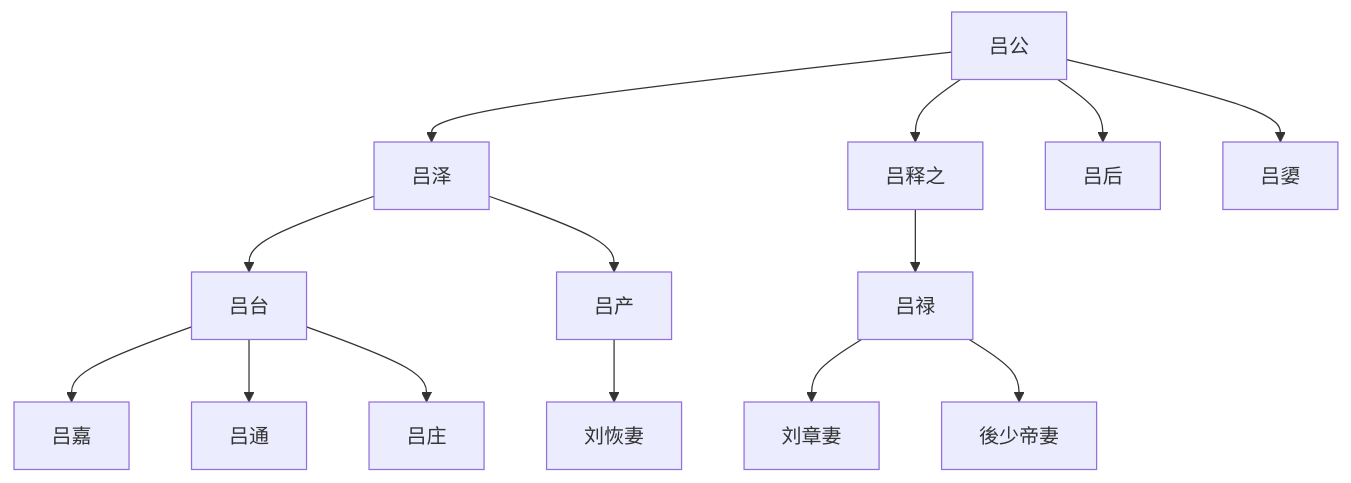
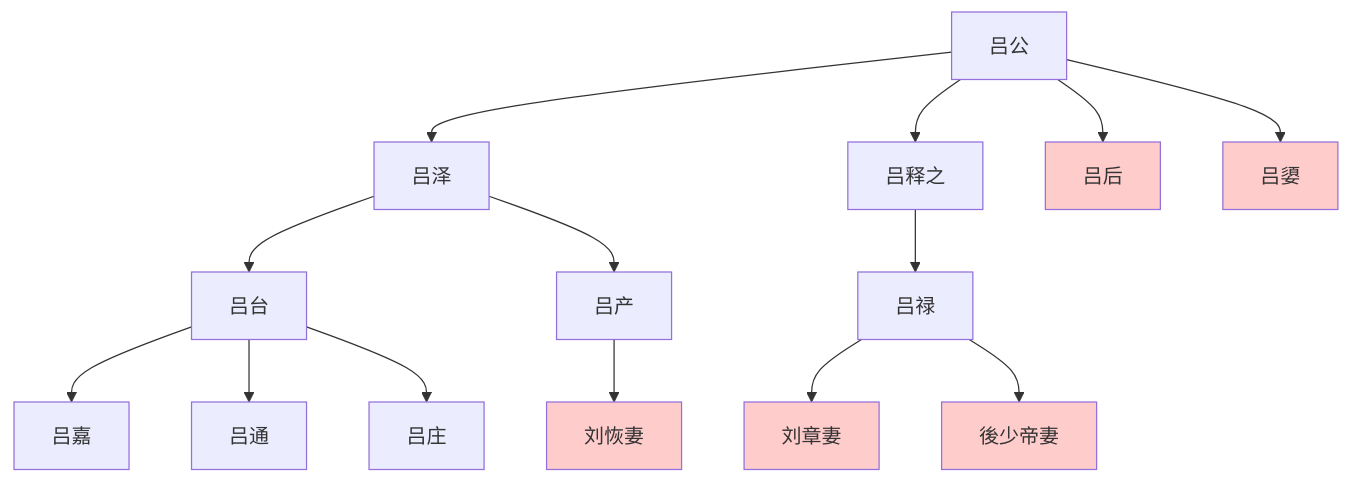
Before and after one commit to gamefang/zizhitongjian: the diagram in 筆記/资治通鉴13.md, drawn with Mermaid. The commit also changed other lines of this file and 31 other files, not shown here.

Commit message:
更新至卷36節2，添加筆記中圖表記錄

````diff
--- a/筆記/资治通鉴13.md
+++ b/筆記/资治通鉴13.md
@@ -12,16 +12,19 @@
 ```mermaid
 graph TB
 吕公-->吕泽
 吕公-->吕释之
 吕公-->吕后
 吕公-->吕嬃
 吕泽-->吕台
 吕泽-->吕产
 吕释之-->吕禄
 吕禄-->刘章妻
 吕禄-->後少帝妻
 吕台-->吕嘉
 吕台-->吕通
 吕台-->吕庄
 吕产-->刘恢妻
+
+classDef female fill:#ffcccc
+class 吕后,吕嬃,刘章妻,後少帝妻,刘恢妻 female
 ```
````
